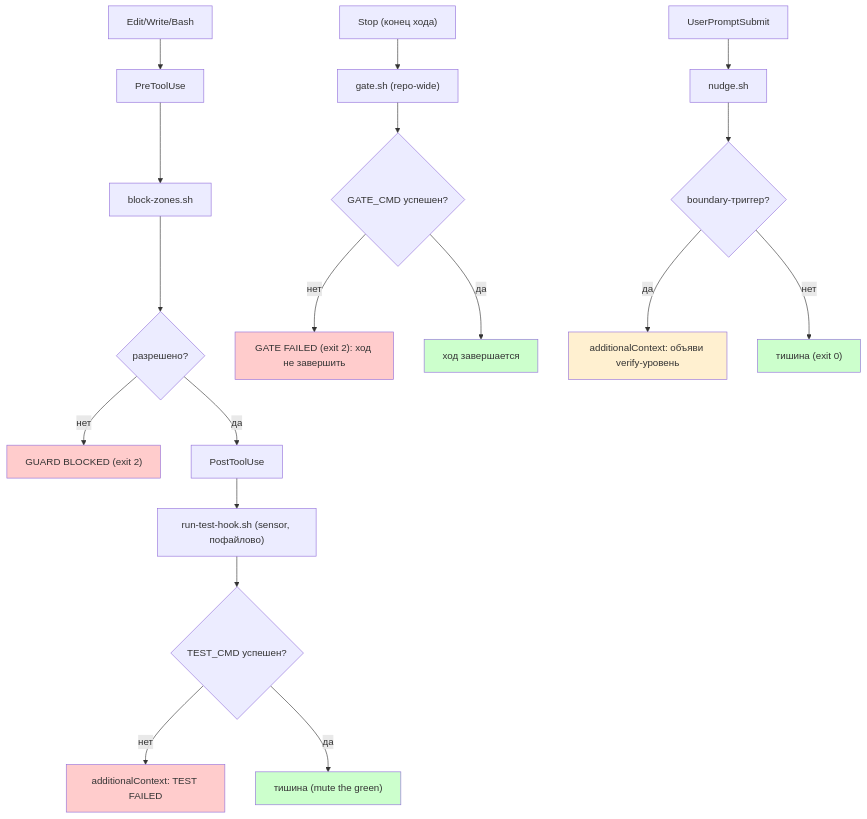
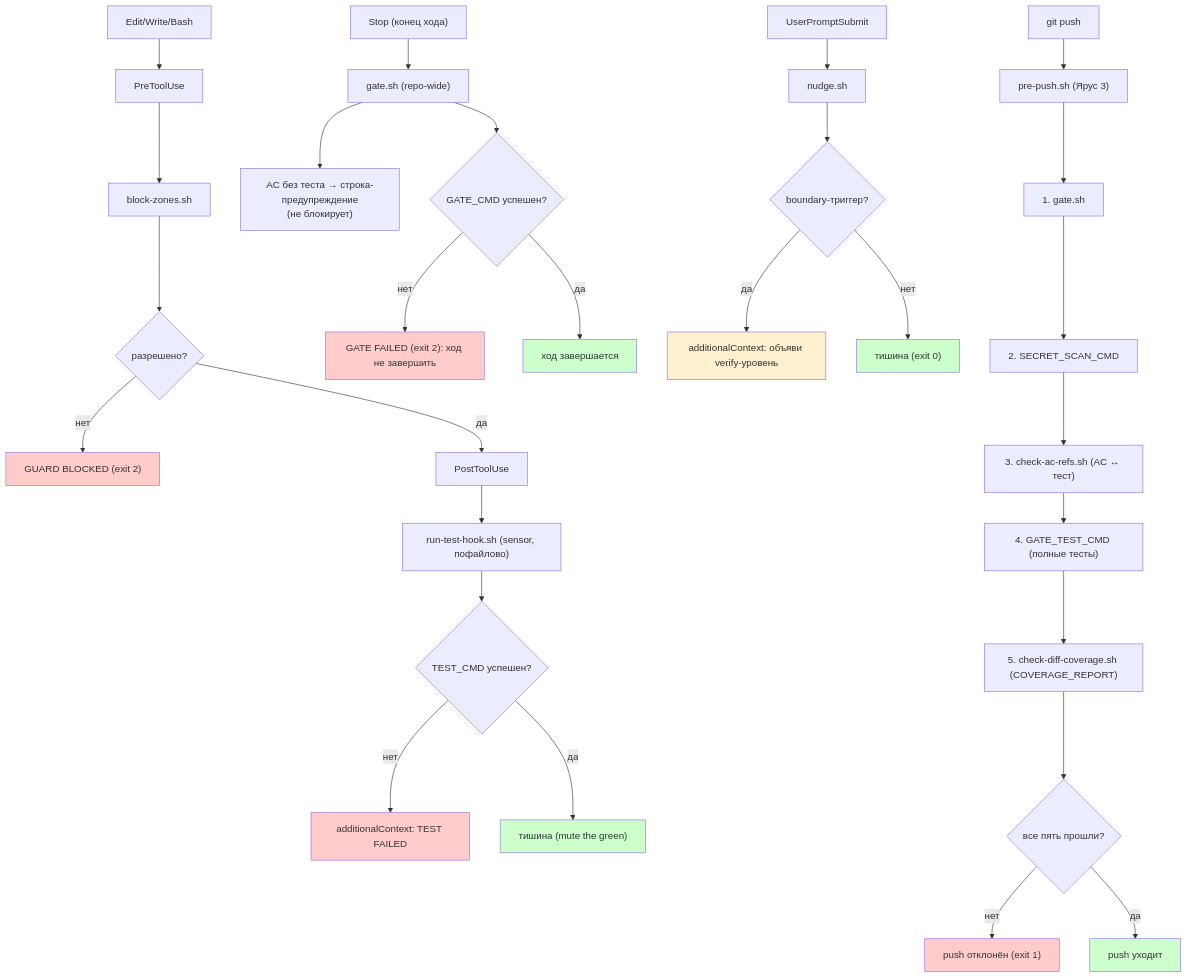
The second of 3 diagrams in docs/architecture.md (kushnirv/harness-engineering), drawn with Mermaid before and after one commit. The commit also changed other lines of this file and 4 other files, not shown here.

````diff
--- a/docs/architecture.md
+++ b/docs/architecture.md
@@ -61,27 +68,39 @@
 ```mermaid
 flowchart TD
     A["Edit/Write/Bash"] --> B["PreToolUse"]
     B --> C["block-zones.sh"]
     C --> D{разрешено?}
     D -->|нет| E["GUARD BLOCKED (exit 2)"]
     D -->|да| F["PostToolUse"]
     F --> G["run-test-hook.sh (sensor, пофайлово)"]
     G --> H{TEST_CMD успешен?}
     H -->|нет| I["additionalContext: TEST FAILED"]
     H -->|да| J["тишина (mute the green)"]
     K["Stop (конец хода)"] --> L["gate.sh (repo-wide)"]
+    L --> L2["AC без теста → строка-предупреждение<br/>(не блокирует)"]
     L --> M{GATE_CMD успешен?}
     M -->|нет| N["GATE FAILED (exit 2): ход не завершить"]
     M -->|да| O["ход завершается"]
     P["UserPromptSubmit"] --> Q["nudge.sh"]
     Q --> R{boundary-триггер?}
     R -->|да| S["additionalContext: объяви verify-уровень"]
     R -->|нет| T["тишина (exit 0)"]
+    U["git push"] --> V["pre-push.sh (Ярус 3)"]
+    V --> W["1. gate.sh"]
+    W --> X["2. SECRET_SCAN_CMD"]
+    X --> X2["3. check-ac-refs.sh (AC ↔ тест)"]
+    X2 --> Y["4. GATE_TEST_CMD (полные тесты)"]
+    Y --> Z["5. check-diff-coverage.sh (COVERAGE_REPORT)"]
+    Z --> AA{все пять прошли?}
+    AA -->|нет| AB["push отклонён (exit 1)"]
+    AA -->|да| AC["push уходит"]
     style E fill:#ffcccc
     style I fill:#ffcccc
     style J fill:#ccffcc
     style N fill:#ffcccc
     style O fill:#ccffcc
     style S fill:#fff0d0
     style T fill:#ccffcc
+    style AB fill:#ffcccc
+    style AC fill:#ccffcc
 ```
````
